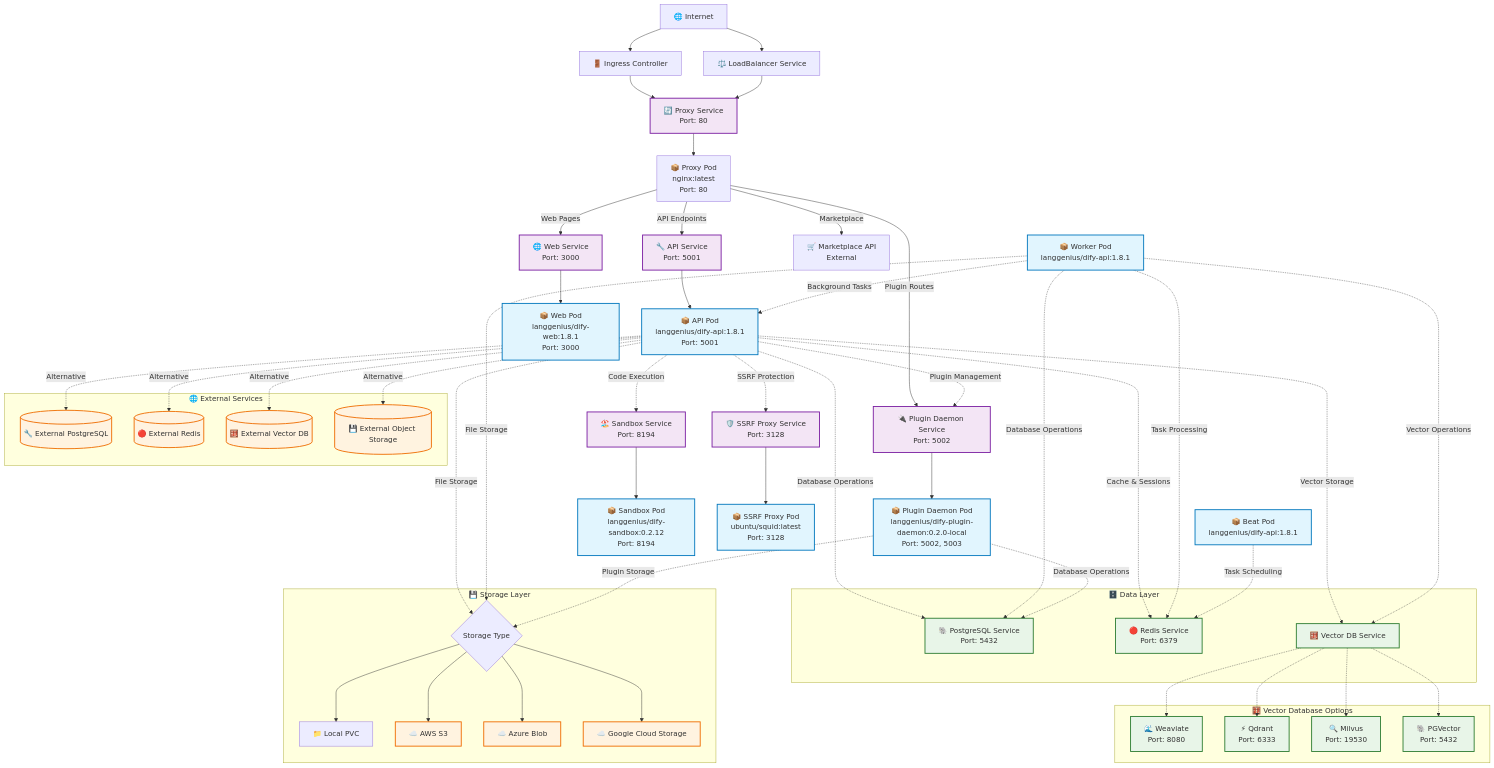
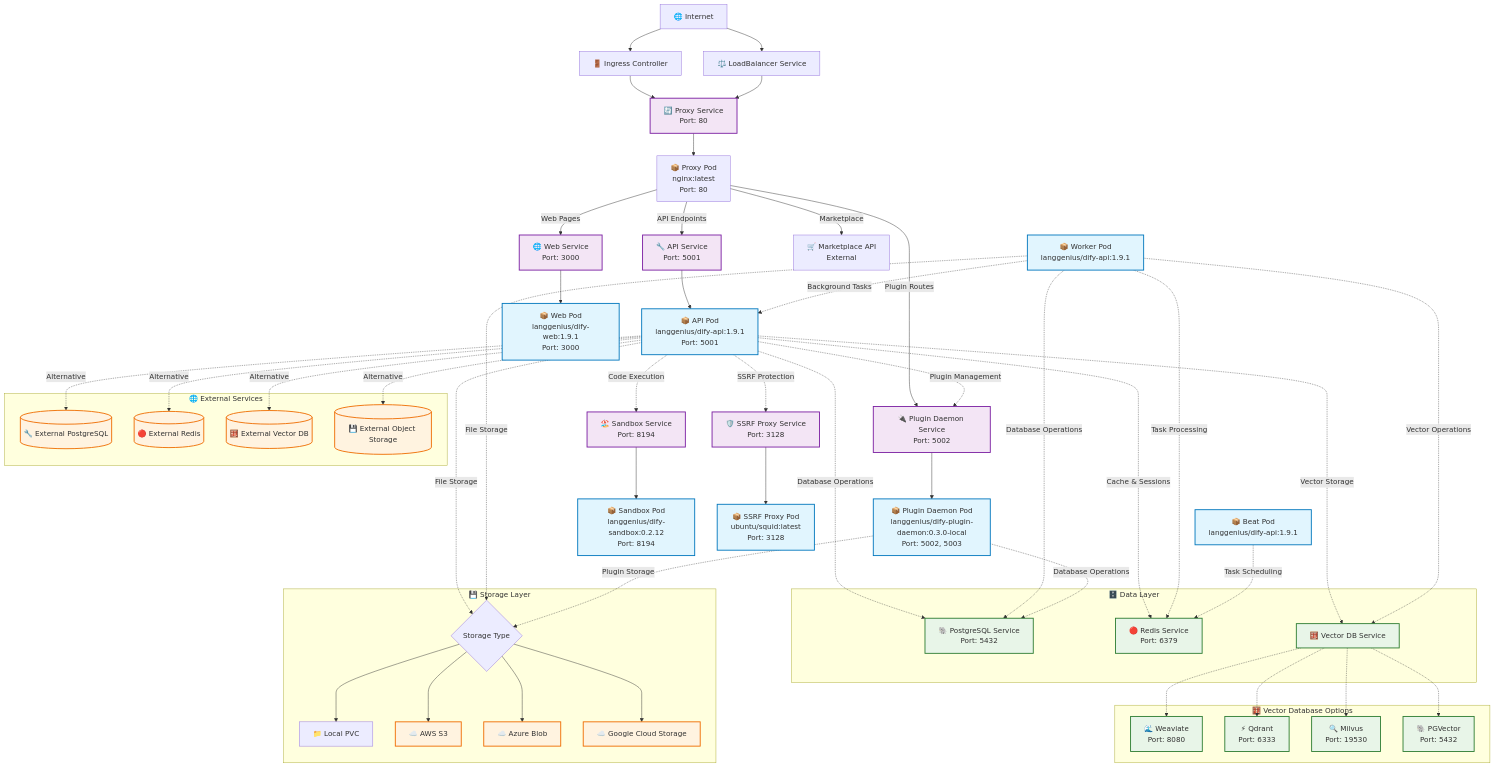
The diagram in README.md (BorisPolonsky/dify-helm), drawn with Mermaid before and after one commit. The commit also changed other lines of this file and 14 other files, not shown here.

```diff
--- a/README.md
+++ b/README.md
@@ -38,15 +38,15 @@
     ProxyPod -->|Marketplace| MarketplaceAPI[🛒 Marketplace API<br/>External]
 
     %% Backend Pods
-    APIService --> APIPod[📦 API Pod<br/>langgenius/dify-api:1.8.1<br/>Port: 5001]
-    WebService --> WebPod[📦 Web Pod<br/>langgenius/dify-web:1.8.1<br/>Port: 3000]
-    PluginService --> PluginPod[📦 Plugin Daemon Pod<br/>langgenius/dify-plugin-daemon:0.2.0-local<br/>Port: 5002, 5003]
+    APIService --> APIPod[📦 API Pod<br/>langgenius/dify-api:1.9.1<br/>Port: 5001]
+    WebService --> WebPod[📦 Web Pod<br/>langgenius/dify-web:1.9.1<br/>Port: 3000]
+    PluginService --> PluginPod[📦 Plugin Daemon Pod<br/>langgenius/dify-plugin-daemon:0.3.0-local<br/>Port: 5002, 5003]
 
     %% Worker Pod (Background Processing)
-    WorkerPod[📦 Worker Pod<br/>langgenius/dify-api:1.8.1]
+    WorkerPod[📦 Worker Pod<br/>langgenius/dify-api:1.9.1]
 
     %% Beat Pod (Periodic task scheduler)
-    BeatPod[📦 Beat Pod<br/>langgenius/dify-api:1.8.1]
+    BeatPod[📦 Beat Pod<br/>langgenius/dify-api:1.9.1]
 
     %% Sandbox Service
     SandboxService[🏖️ Sandbox Service<br/>Port: 8194] --> SandboxPod[📦 Sandbox Pod<br/>langgenius/dify-sandbox:0.2.12<br/>Port: 8194]
```
